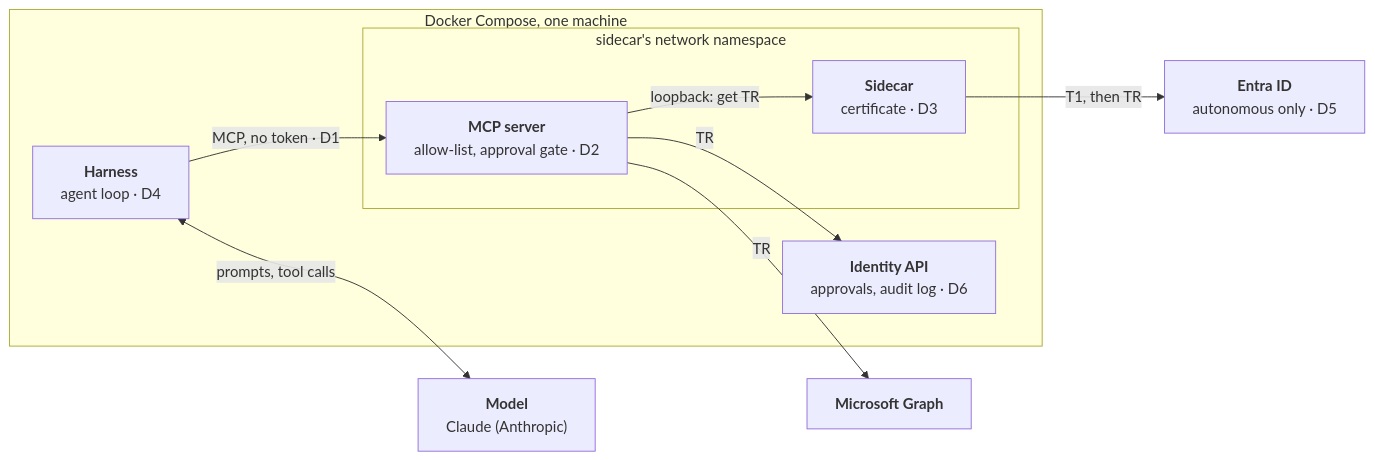
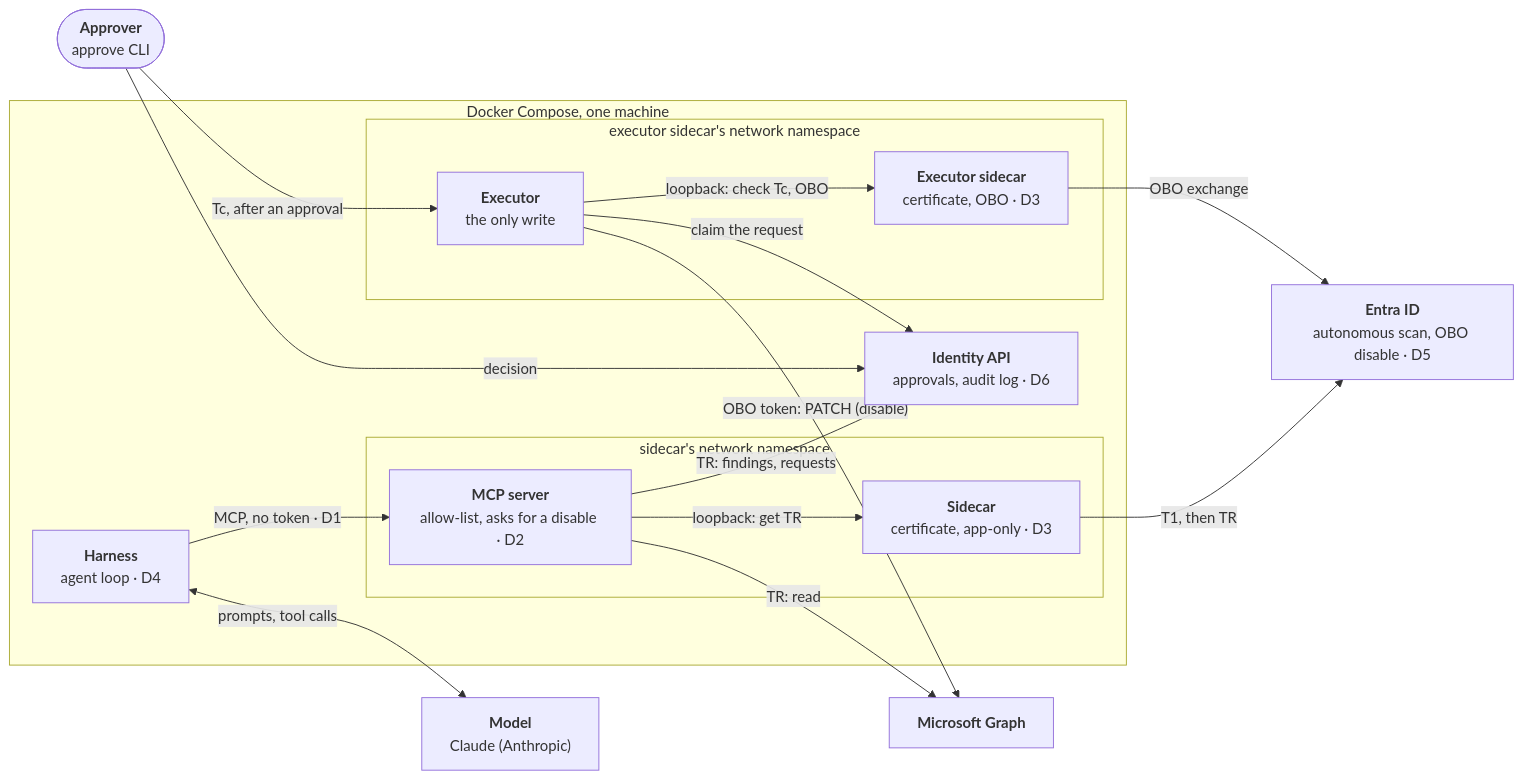
The first of 4 diagrams in docs/agent-steward-architecture.md (alireza-mpr/agent-steward), drawn with Mermaid before and after one commit. The commit also changed other lines of this file and 15 other files, not shown here.

First line of the commit message:
docs: the agent proposes, the approver decides: executor, OBO, no app-only write role

````diff
--- a/docs/agent-steward-architecture.md
+++ b/docs/agent-steward-architecture.md
@@ -28,21 +29,32 @@
 ```mermaid
 flowchart LR
     MODEL["<b>Model</b><br/>Claude (Anthropic)"]
+    APPROVER(["<b>Approver</b><br/>approve CLI"])
     subgraph COMPOSE["Docker Compose, one machine"]
         HARNESS["<b>Harness</b><br/>agent loop · D4"]
         subgraph NS["sidecar's network namespace"]
-            MCP["<b>MCP server</b><br/>allow-list, approval gate · D2"]
-            SIDECAR["<b>Sidecar</b><br/>certificate · D3"]
+            MCP["<b>MCP server</b><br/>allow-list, asks for a disable · D2"]
+            SIDECAR["<b>Sidecar</b><br/>certificate, app-only · D3"]
+        end
+        subgraph NSX["executor sidecar's network namespace"]
+            EXEC["<b>Executor</b><br/>the only write"]
+            XSIDECAR["<b>Executor sidecar</b><br/>certificate, OBO · D3"]
         end
         API["<b>Identity API</b><br/>approvals, audit log · D6"]
     end
-    ENTRA["<b>Entra ID</b><br/>autonomous only · D5"]
+    ENTRA["<b>Entra ID</b><br/>autonomous scan, OBO disable · D5"]
     GRAPH["<b>Microsoft Graph</b>"]
 
     HARNESS <-->|"prompts, tool calls"| MODEL
     HARNESS -->|"MCP, no token · D1"| MCP
     MCP -->|"loopback: get TR"| SIDECAR
     SIDECAR -->|"T1, then TR"| ENTRA
-    MCP -->|"TR"| GRAPH
-    MCP -->|"TR"| API
+    MCP -->|"TR: read"| GRAPH
+    MCP -->|"TR: findings, requests"| API
+    APPROVER -->|"decision"| API
+    APPROVER -->|"Tc, after an approval"| EXEC
+    EXEC -->|"loopback: check Tc, OBO"| XSIDECAR
+    XSIDECAR -->|"OBO exchange"| ENTRA
+    EXEC -->|"claim the request"| API
+    EXEC -->|"OBO token: PATCH (disable)"| GRAPH
 ```
````
